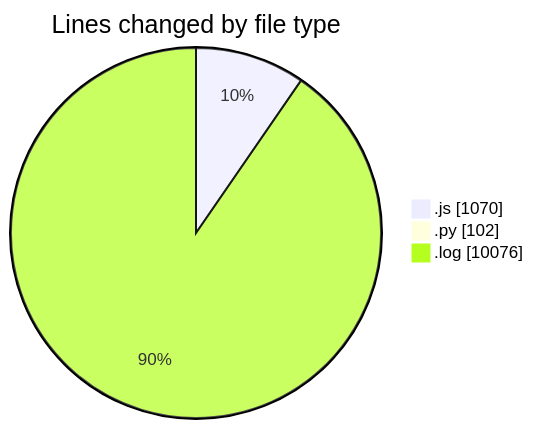
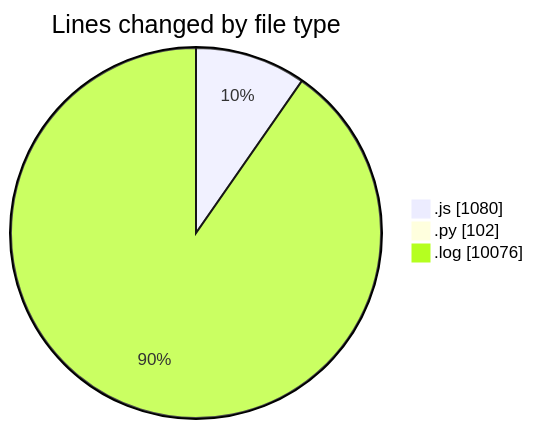
Before and after one commit to nxtqubesakshisongat/code-tracking: the first of 2 diagrams in 2025-04-14/nxtqube_webapp/README.md, drawn with Mermaid. The commit also changed other lines of this file and 1 other file, not shown here.

````diff
--- a/2025-04-14/nxtqube_webapp/README.md
+++ b/2025-04-14/nxtqube_webapp/README.md
@@ -25,7 +25,7 @@
 ```mermaid
 pie showData
 title Lines changed by file type
-".js" : 1070
+".js" : 1080
 ".py" : 102
 ".log" : 10076
 ```
````
